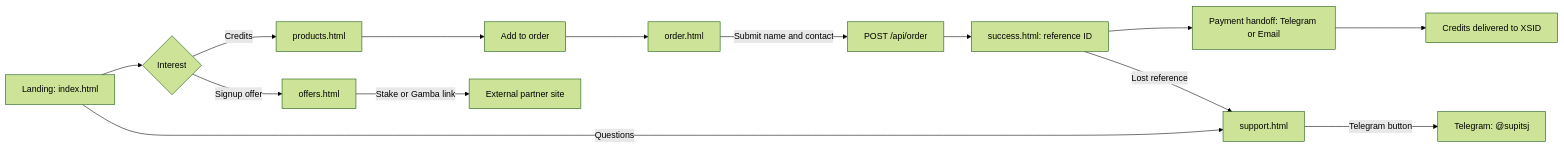
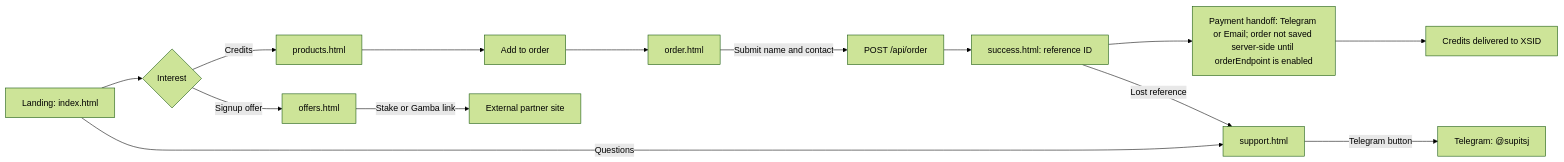
The diagram in docs/journey-map.md (StakeReloadXS/xs-web), drawn with Mermaid (forest theme) before and after one commit. The commit also changed 8 other files, not shown here.

````diff
--- a/docs/journey-map.md
+++ b/docs/journey-map.md
@@ -5,16 +5,16 @@
 ```mermaid
 flowchart LR
     A[Landing: index.html] --> B{Interest}
     B -->|Credits| C[products.html]
     B -->|Signup offer| D[offers.html]
     C --> E[Add to order]
     E --> F[order.html]
     F -->|Submit name and contact| G[POST /api/order]
     G --> H[success.html: reference ID]
-    H --> I[Payment handoff: Telegram or Email]
+    H --> I[Payment handoff: Telegram or Email; order not saved server-side until orderEndpoint is enabled]
     I --> J[Credits delivered to XSID]
     D -->|Stake or Gamba link| K[External partner site]
     A -->|Questions| L[support.html]
     H -->|Lost reference| L
     L -->|Telegram button| M[Telegram: @supitsj]
 ```
````
